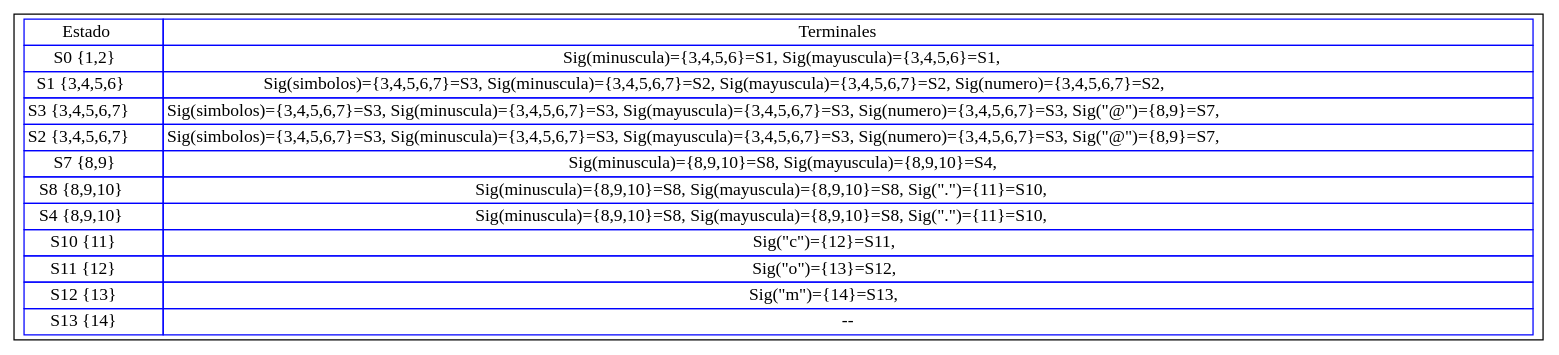
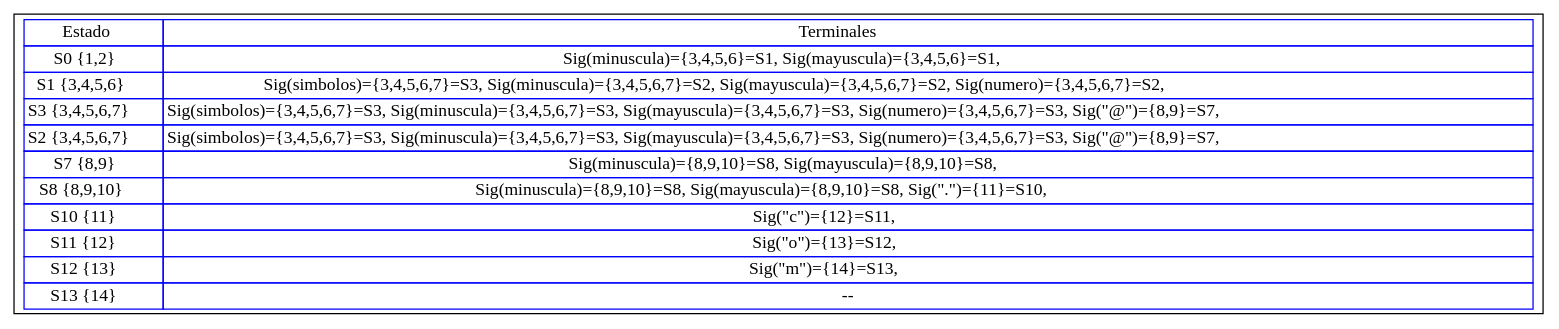
The diagram in Py1_201603028/build/classes/TRANSICIONES_201603028/correoElectronico.dot (Racs0XD/-OLC1-Proyecto1_201603028), drawn with Graphviz before and after one commit. The commit also changed 81 other files, not shown here.

```diff
--- a/Py1_201603028/build/classes/TRANSICIONES_201603028/correoElectronico.dot
+++ b/Py1_201603028/build/classes/TRANSICIONES_201603028/correoElectronico.dot
@@ -1,33 +1,31 @@
 digraph G{
 rankdir=UD
 node[shape=box]
 concentrate=true
 nodo0 [ label =<<table border='0' cellborder='1' color='blue' cellspacing='0'>
 <tr><td>Estado</td><td>Terminales</td></tr>
 
 <tr><td>S0 {1,2}</td><td>Sig(minuscula)={3,4,5,6}=S1, Sig(mayuscula)={3,4,5,6}=S1, </td></tr>
 
 <tr><td>S1 {3,4,5,6}</td><td>Sig(simbolos)={3,4,5,6,7}=S3, Sig(minuscula)={3,4,5,6,7}=S2, Sig(mayuscula)={3,4,5,6,7}=S2, Sig(numero)={3,4,5,6,7}=S2, </td></tr>
 
 <tr><td>S3 {3,4,5,6,7}</td><td>Sig(simbolos)={3,4,5,6,7}=S3, Sig(minuscula)={3,4,5,6,7}=S3, Sig(mayuscula)={3,4,5,6,7}=S3, Sig(numero)={3,4,5,6,7}=S3, Sig("@")={8,9}=S7, </td></tr>
 
 <tr><td>S2 {3,4,5,6,7}</td><td>Sig(simbolos)={3,4,5,6,7}=S3, Sig(minuscula)={3,4,5,6,7}=S3, Sig(mayuscula)={3,4,5,6,7}=S3, Sig(numero)={3,4,5,6,7}=S3, Sig("@")={8,9}=S7, </td></tr>
 
-<tr><td>S7 {8,9}</td><td>Sig(minuscula)={8,9,10}=S8, Sig(mayuscula)={8,9,10}=S4, </td></tr>
+<tr><td>S7 {8,9}</td><td>Sig(minuscula)={8,9,10}=S8, Sig(mayuscula)={8,9,10}=S8, </td></tr>
 
 <tr><td>S8 {8,9,10}</td><td>Sig(minuscula)={8,9,10}=S8, Sig(mayuscula)={8,9,10}=S8, Sig(".")={11}=S10, </td></tr>
-
-<tr><td>S4 {8,9,10}</td><td>Sig(minuscula)={8,9,10}=S8, Sig(mayuscula)={8,9,10}=S8, Sig(".")={11}=S10, </td></tr>
 
 <tr><td>S10 {11}</td><td>Sig("c")={12}=S11, </td></tr>
 
 <tr><td>S11 {12}</td><td>Sig("o")={13}=S12, </td></tr>
 
 <tr><td>S12 {13}</td><td>Sig("m")={14}=S13, </td></tr>
 
 <tr><td>S13 {14}</td><td>--</td></tr>
 
 </table>
 >];
 
 }
```
